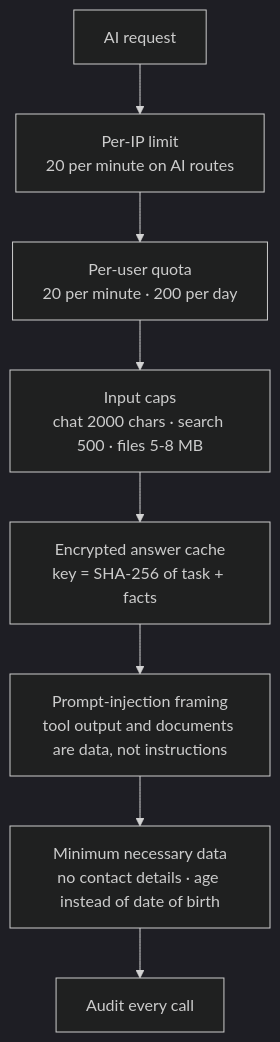
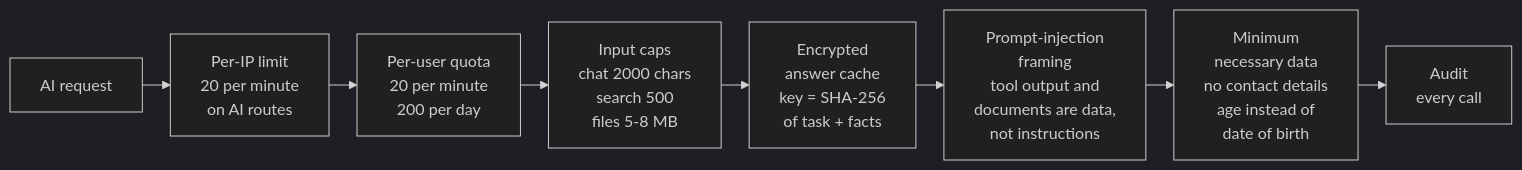
Diagram 11 of 29 in public/docs/caresync.md (vikrant48/CareSync_frontend), drawn with Mermaid (dark theme) before and after one commit. The commit also changed other lines of this file and 1 other file, not shown here.

Commit message:
Enhance diagram rendering by setting max width from Mermaid source

````diff
--- a/public/docs/caresync.md
+++ b/public/docs/caresync.md
@@ -339,10 +342,11 @@
 ```mermaid
-flowchart TD
-    IN["AI request"] --> Q1["Per-IP limit<br/>20 per minute on AI routes"]
-    Q1 --> Q2["Per-user quota<br/>20 per minute · 200 per day"]
-    Q2 --> Q3["Input caps<br/>chat 2000 chars · search 500 · files 5-8 MB"]
-    Q3 --> Q4["Encrypted answer cache<br/>key = SHA-256 of task + facts"]
-    Q4 --> Q5["Prompt-injection framing<br/>tool output and documents are data, not instructions"]
-    Q5 --> Q6["Minimum necessary data<br/>no contact details · age instead of date of birth"]
-    Q6 --> Q7["Audit every call"]
+%%{init: {"flowchart": {"rankSpacing": 28, "nodeSpacing": 24}}}%%
+flowchart LR
+    IN["AI request"] --> Q1["Per-IP limit<br/>20 per minute<br/>on AI routes"]
+    Q1 --> Q2["Per-user quota<br/>20 per minute<br/>200 per day"]
+    Q2 --> Q3["Input caps<br/>chat 2000 chars<br/>search 500<br/>files 5-8 MB"]
+    Q3 --> Q4["Encrypted<br/>answer cache<br/>key = SHA-256<br/>of task + facts"]
+    Q4 --> Q5["Prompt-injection<br/>framing<br/>tool output and<br/>documents are data,<br/>not instructions"]
+    Q5 --> Q6["Minimum<br/>necessary data<br/>no contact details<br/>age instead of<br/>date of birth"]
+    Q6 --> Q7["Audit<br/>every call"]
 ```
````
